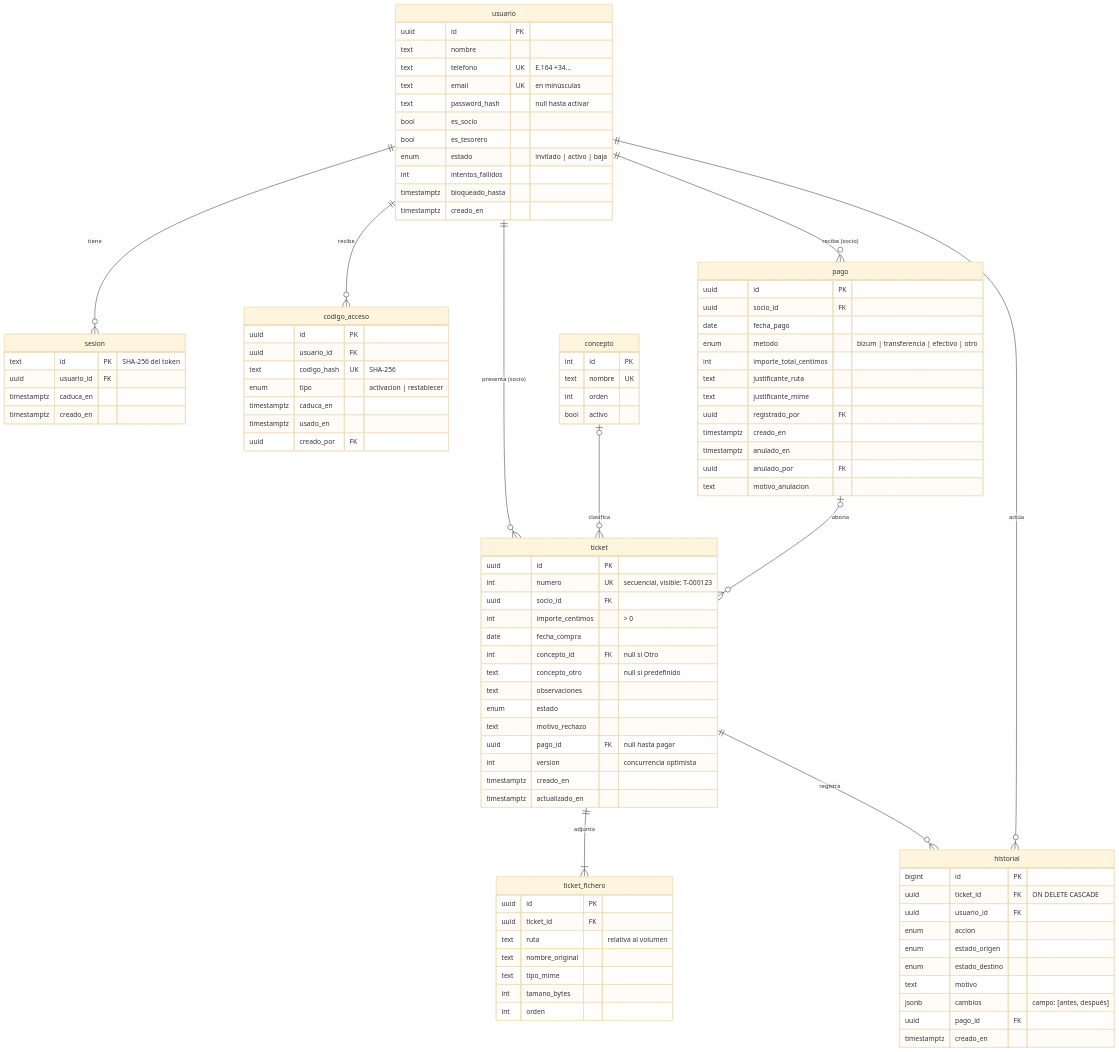
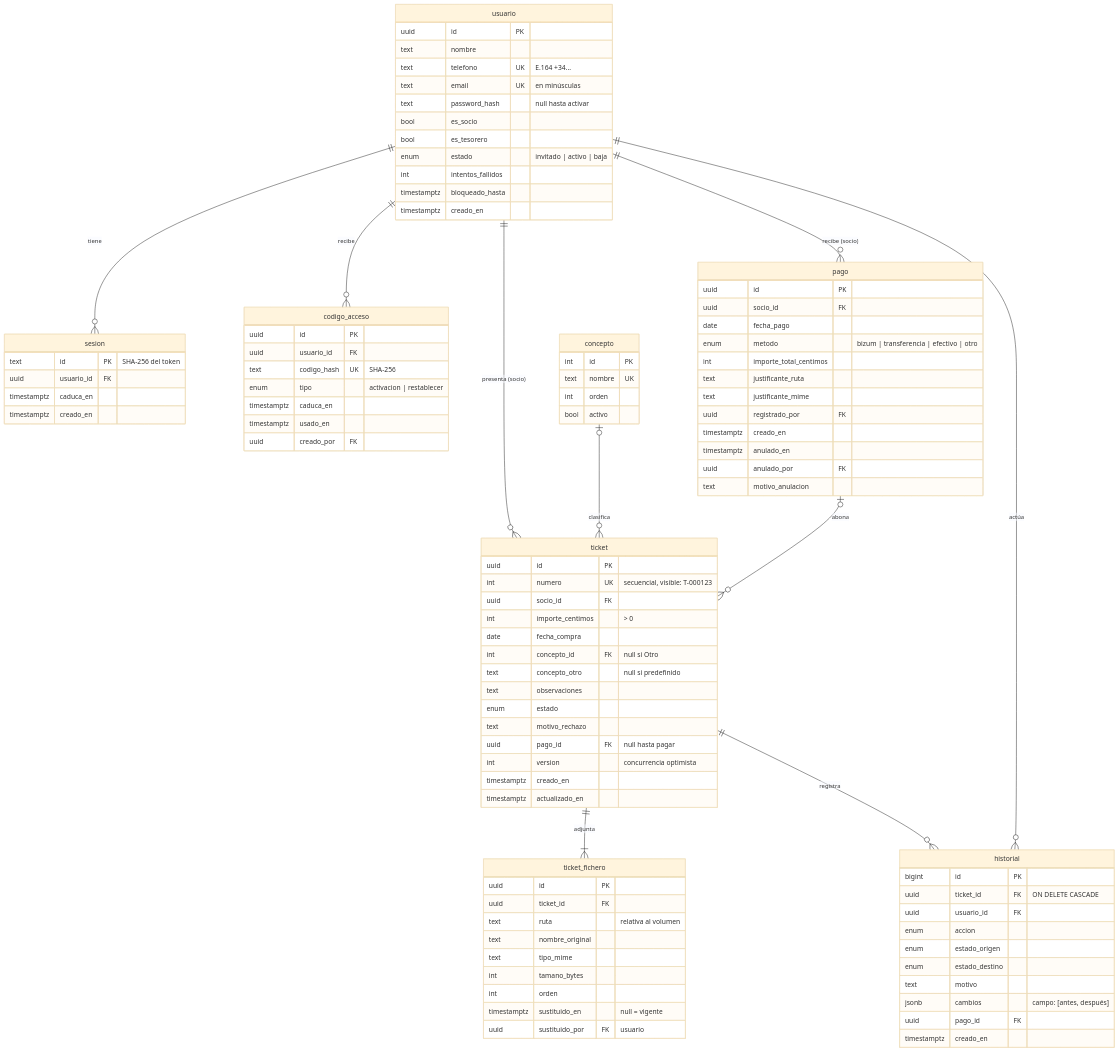
One commit to LuisLozano/eql4e-tickets changed the diagram in docs/arquitectura/02-modelo-datos.md. Above: the diagram before and after it, drawn with Mermaid (base theme). The commit also changed other lines of this file and 4 other files, not shown here.

```diff
--- a/docs/arquitectura/02-modelo-datos.md
+++ b/docs/arquitectura/02-modelo-datos.md
@@ -74,6 +74,8 @@
         text tipo_mime
         int tamano_bytes
         int orden
+        timestamptz sustituido_en "null = vigente"
+        uuid sustituido_por FK "usuario"
     }
     pago {
         uuid id PK
```
